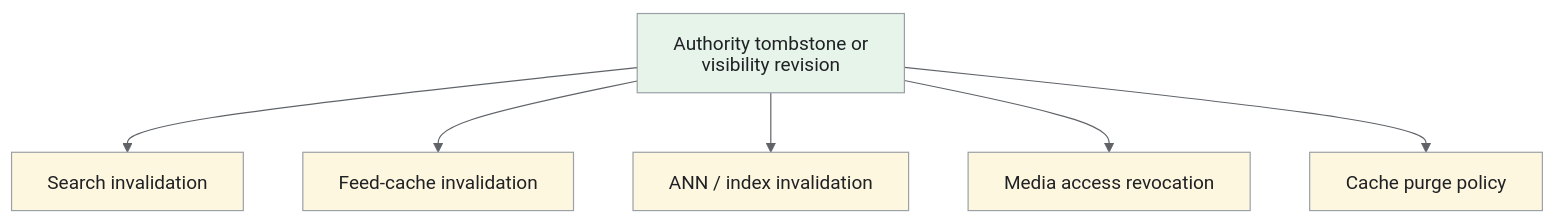
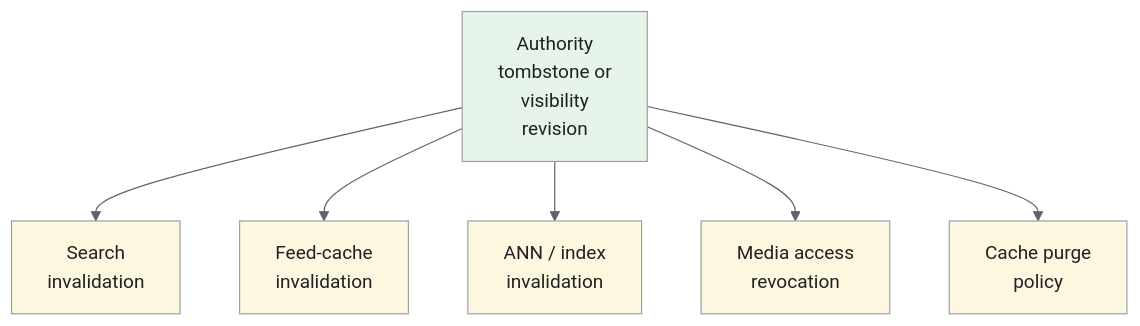
Before and after one commit to iliazlobin/iliazlobin.github.io: the seventh of 7 diagrams in _designs/system-design-tiktok-reels.md, drawn with Mermaid. The commit also changed other lines of this file and 116 other files, not shown here.

````diff
--- a/_designs/system-design-tiktok-reels.md
+++ b/_designs/system-design-tiktok-reels.md
@@ -394,15 +429,15 @@
 ```mermaid
-%%{init: {'theme':'base','htmlLabels':false,'flowchart':{'htmlLabels':false},'themeVariables':{'fontFamily':'Arial, sans-serif','primaryColor':'#e8f0fe','primaryTextColor':'#202124','primaryBorderColor':'#9aa0a6','lineColor':'#5f6368','secondaryColor':'#e6f4ea','tertiaryColor':'#fef7e0','actorBkg':'#e8f0fe','actorBorder':'#9aa0a6','actorTextColor':'#202124','noteBkgColor':'#fef7e0','noteTextColor':'#202124','noteBorderColor':'#9aa0a6','signalColor':'#5f6368','signalTextColor':'#202124','labelBoxBkgColor':'#fef7e0','labelBoxBorderColor':'#9aa0a6'}}}%%
+%%{init: {"theme":"base","themeVariables":{"primaryColor":"#e8f0fe","primaryBorderColor":"#9aa0a6","primaryTextColor":"#202124","secondaryColor":"#e6f4ea","tertiaryColor":"#fef7e0","lineColor":"#5f6368","actorBkg":"#e8f0fe","actorBorder":"#9aa0a6","actorTextColor":"#202124","noteBkgColor":"#fef7e0","noteBorderColor":"#9aa0a6","noteTextColor":"#202124","signalColor":"#5f6368","signalTextColor":"#202124"}}}%%
 flowchart TB
-    A["Authority tombstone or visibility revision"] --> B["Search invalidation"]
-    A --> C["Feed-cache invalidation"]
-    A --> D["ANN / index invalidation"]
-    A --> E["Media access revocation"]
-    A --> F["Cache purge policy"]
+    A["Authority<br>tombstone or<br>visibility<br>revision"] --> B["Search<br>invalidation"]
+    A --> C["Feed-cache<br>invalidation"]
+    A --> D["ANN / index<br>invalidation"]
+    A --> E["Media access<br>revocation"]
+    A --> F["Cache purge<br>policy"]
     class A data;
     class B,C,D,E,F control;
 classDef request fill:#e8f0fe,stroke:#9aa0a6,color:#202124;
 classDef data fill:#e6f4ea,stroke:#9aa0a6,color:#202124;
 classDef control fill:#fef7e0,stroke:#9aa0a6,color:#202124;
 classDef danger fill:#fce8e6,stroke:#9aa0a6,color:#202124;
 ```
````
